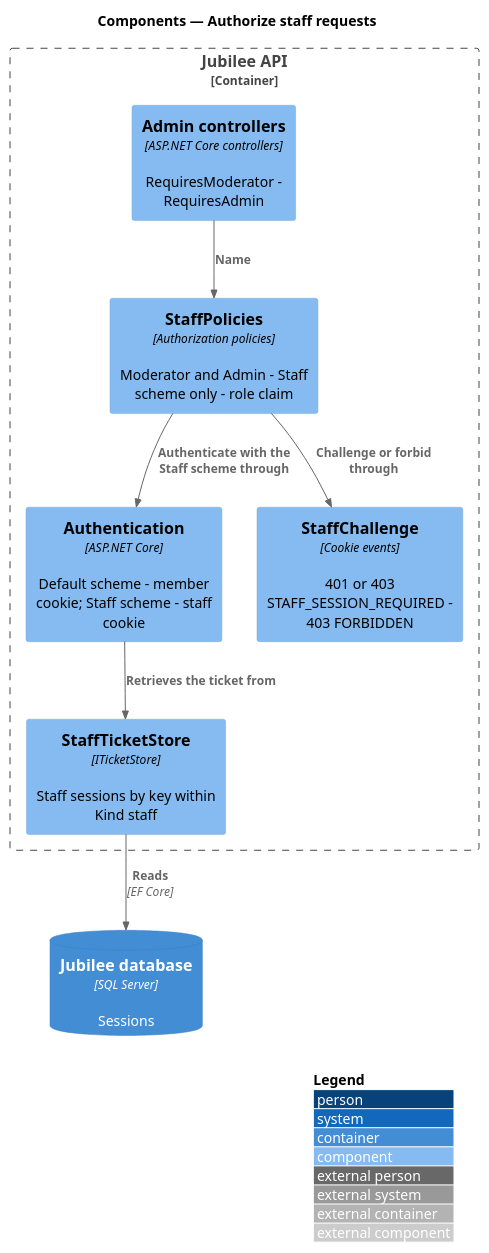
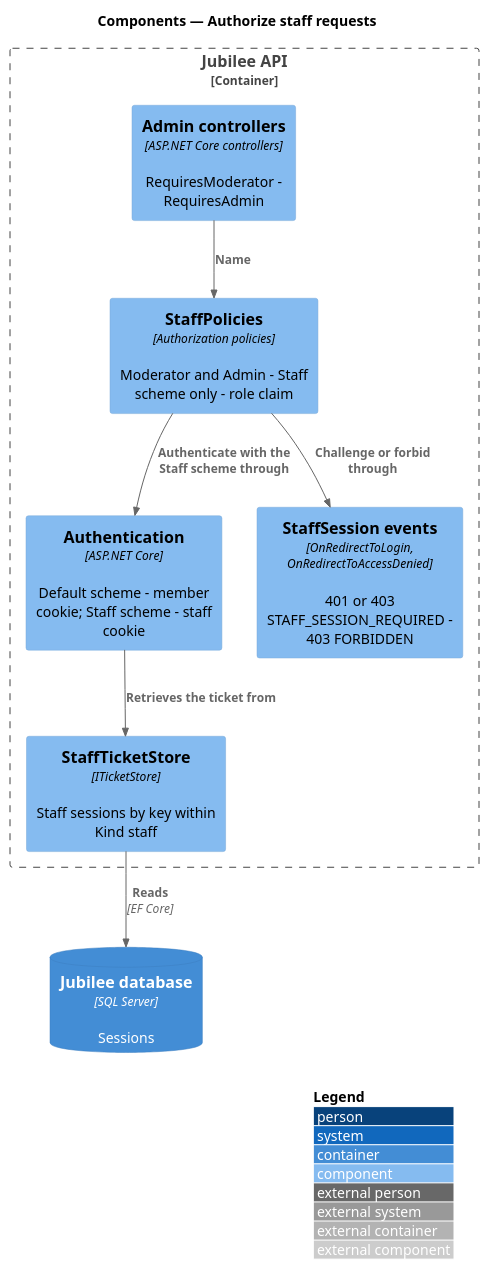
Before and after one commit to QuinntyneBrown/jubilee: the diagram in docs/detailed-designs/security/authorize-staff-requests/diagrams/c4-component.puml, drawn with PlantUML. The commit also changed 13 other files, not shown here.

Commit message:
Designs of journey 30 name the classes the code built: TryBindTo, StaffSession's challenge and forbid events, StaffNetworks.From, StaffSessionDto

```diff
--- a/docs/detailed-designs/security/authorize-staff-requests/diagrams/c4-component.puml
+++ b/docs/detailed-designs/security/authorize-staff-requests/diagrams/c4-component.puml
@@ -1,19 +1,19 @@
 @startuml
 !include <C4/C4_Component>
 LAYOUT_WITH_LEGEND()
 title Components — Authorize staff requests
 
 Container_Boundary(api, "Jubilee API") {
   Component(authn, "Authentication", "ASP.NET Core", "Default scheme - member cookie; Staff scheme - staff cookie")
   Component(policies, "StaffPolicies", "Authorization policies", "Moderator and Admin - Staff scheme only - role claim")
-  Component(challenge, "StaffChallenge", "Cookie events", "401 or 403 STAFF_SESSION_REQUIRED - 403 FORBIDDEN")
+  Component(challenge, "StaffSession events", "OnRedirectToLogin, OnRedirectToAccessDenied", "401 or 403 STAFF_SESSION_REQUIRED - 403 FORBIDDEN")
   Component(controllers, "Admin controllers", "ASP.NET Core controllers", "RequiresModerator - RequiresAdmin")
   Component(store, "StaffTicketStore", "ITicketStore", "Staff sessions by key within Kind staff")
 }
 ContainerDb(db, "Jubilee database", "SQL Server", "Sessions")
 Rel(controllers, policies, "Name")
 Rel(policies, authn, "Authenticate with the Staff scheme through")
 Rel(authn, store, "Retrieves the ticket from")
 Rel(store, db, "Reads", "EF Core")
 Rel(policies, challenge, "Challenge or forbid through")
 @enduml
```
